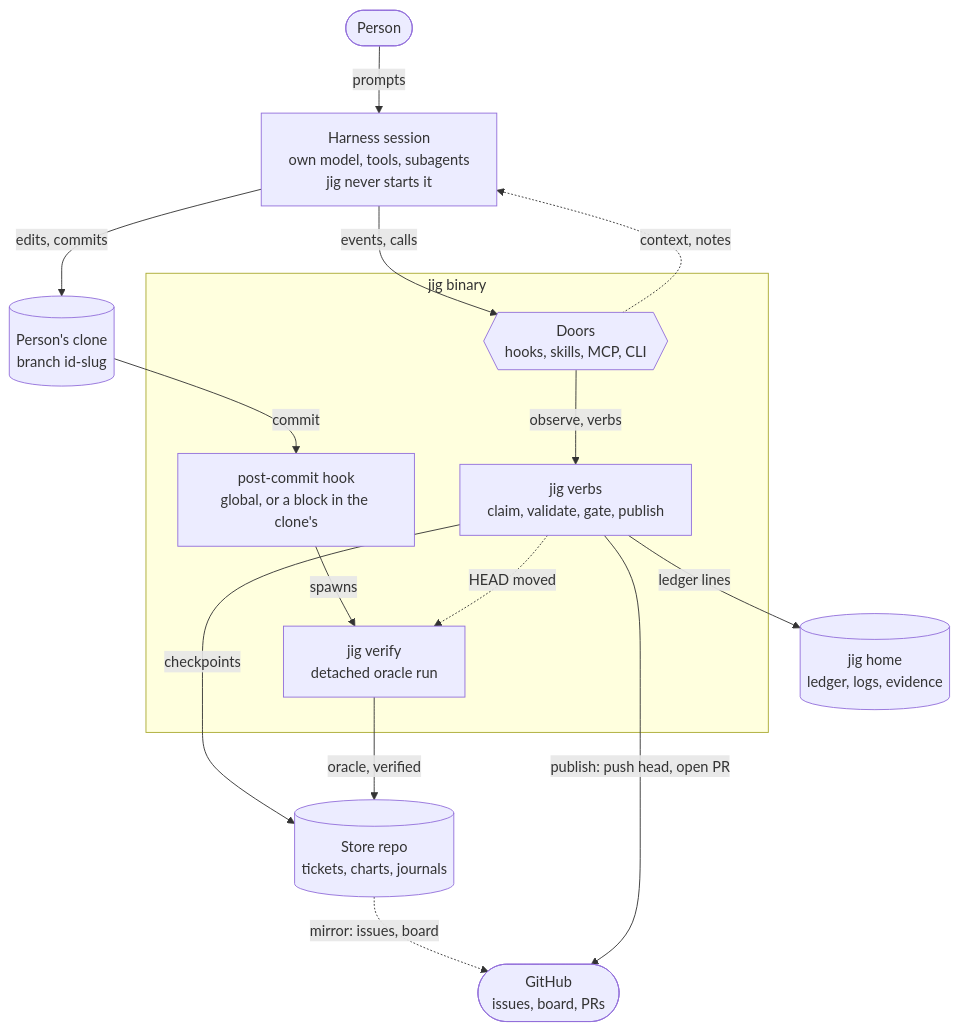
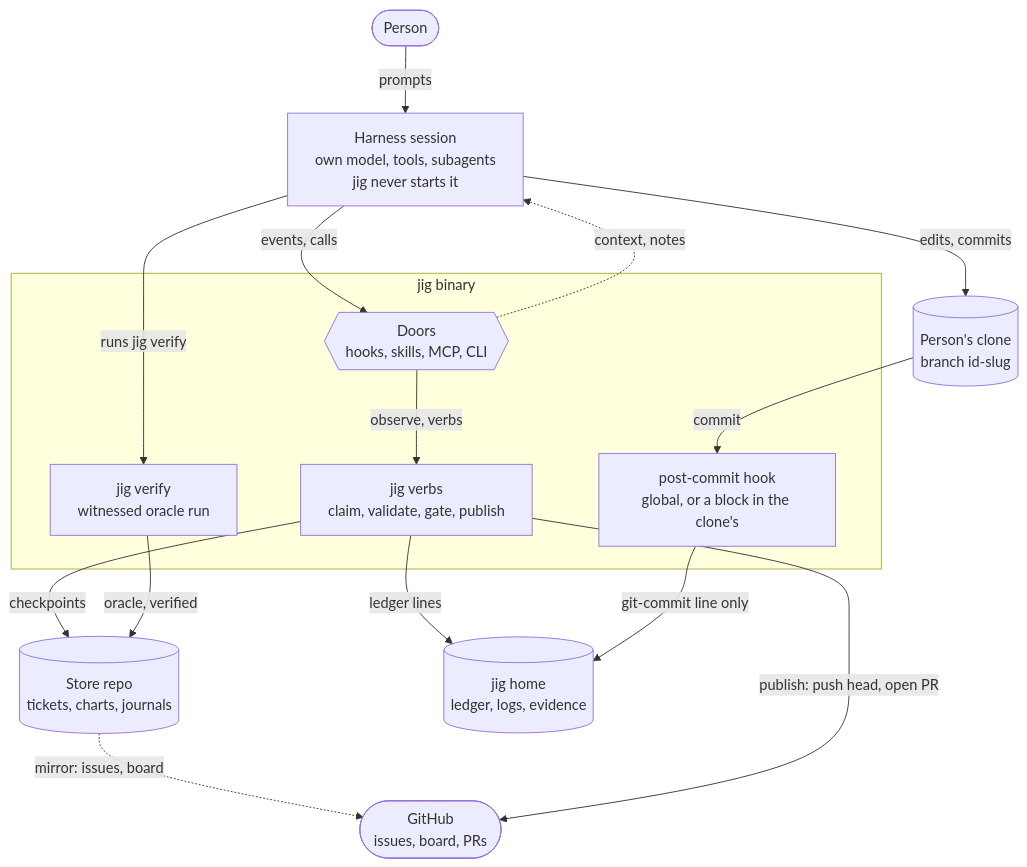
One commit to develdeco/jig changed the first of 5 diagrams in docs/diagrams.md. Above: the diagram before and after it, drawn with Mermaid. The commit also changed other lines of this file and 119 other files, not shown here.

First line of the commit message:
A builder runs its slice's tests in its own shell, and jig only witnesses the run (#433)

````diff
--- a/docs/diagrams.md
+++ b/docs/diagrams.md
@@ -27,29 +27,29 @@
 ```mermaid
 flowchart TB
   person(["Person"])
   harness["Harness session<br/>own model, tools, subagents<br/>jig never starts it"]
   clone[("Person's clone<br/>branch id-slug")]
   subgraph jigBox ["jig binary"]
     doors{{"Doors<br/>hooks, skills, MCP, CLI"}}
     verbs["jig verbs<br/>claim, validate, gate, publish"]
     hook["post-commit hook<br/>global, or a block in the clone's"]
-    verify["jig verify<br/>detached oracle run"]
+    verify["jig verify<br/>witnessed oracle run"]
   end
   store[("Store repo<br/>tickets, charts, journals")]
   home[("jig home<br/>ledger, logs, evidence")]
   github(["GitHub<br/>issues, board, PRs"])
 
   person -->|prompts| harness
   harness -->|events, calls| doors
   doors -.->|context, notes| harness
   doors -->|observe, verbs| verbs
   verbs -->|checkpoints| store
   verbs -->|ledger lines| home
   store -.->|"mirror: issues, board"| github
   verbs -->|"publish: push head, open PR"| github
   harness -->|edits, commits| clone
   clone -->|commit| hook
-  hook -->|spawns| verify
-  verbs -.->|HEAD moved| verify
+  hook -->|"git-commit line only"| home
+  harness -->|"runs jig verify"| verify
   verify -->|oracle, verified| store
 ```
````
